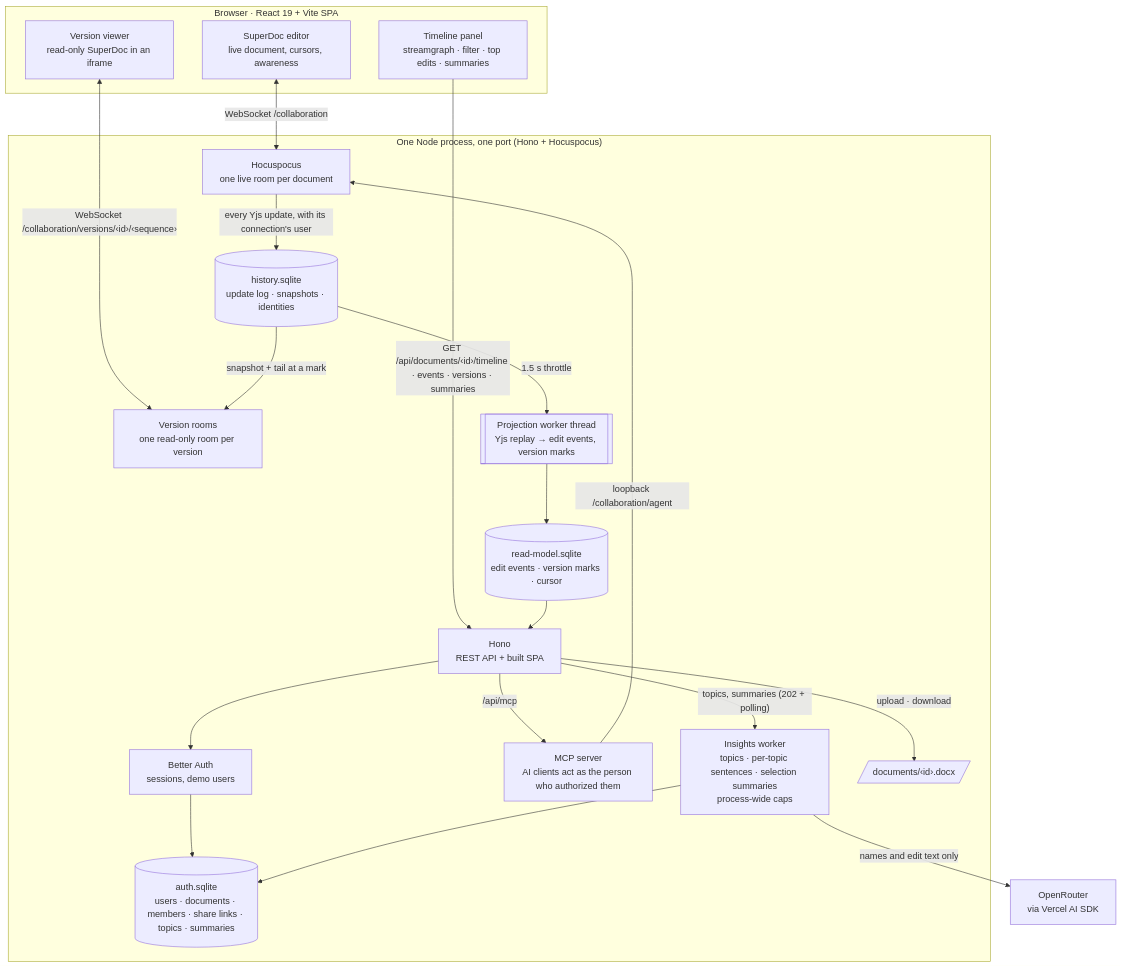
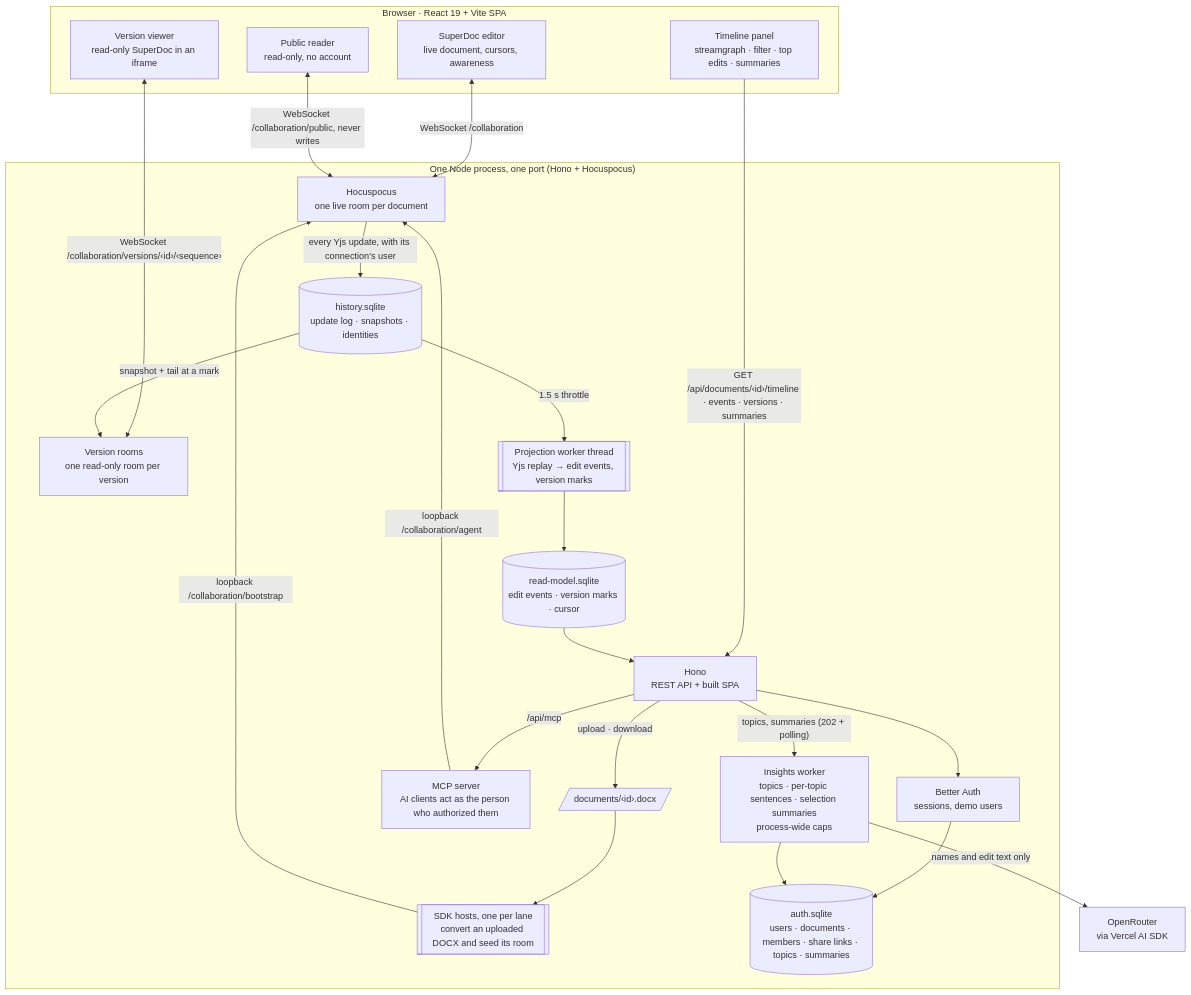
Before and after one commit to dhyegocalota/superdoc-collab: the diagram in docs/architecture.md, drawn with Mermaid. The commit also changed other lines of this file and 6 other files, not shown here.

First line of the commit message:
docs: onboarding commands that run as written, an architecture that matches the code

````diff
--- a/docs/architecture.md
+++ b/docs/architecture.md
@@ -7,39 +7,43 @@
 ```mermaid
 flowchart TB
   subgraph browser["Browser · React 19 + Vite SPA"]
     editor["SuperDoc editor<br/>live document, cursors, awareness"]
     viewer["Version viewer<br/>read-only SuperDoc in an iframe"]
     panel["Timeline panel<br/>streamgraph · filter · top edits · summaries"]
+    public["Public reader<br/>read-only, no account"]
   end
 
   subgraph server["One Node process, one port (Hono + Hocuspocus)"]
     hono["Hono<br/>REST API + built SPA"]
     auth["Better Auth<br/>sessions, demo users"]
     hocus["Hocuspocus<br/>one live room per document"]
     rooms["Version rooms<br/>one read-only room per version"]
     mcp["MCP server<br/>AI clients act as the person who authorized them"]
     worker[["Projection worker thread<br/>Yjs replay → edit events, version marks"]]
+    sdk[["SDK hosts, one per lane<br/>convert an uploaded DOCX and seed its room"]]
     insights["Insights worker<br/>topics · per-topic sentences · selection summaries<br/>process-wide caps"]
     log[("history.sqlite<br/>update log · snapshots · identities")]
     read[("read-model.sqlite<br/>edit events · version marks · cursor")]
     authDb[("auth.sqlite<br/>users · documents · members · share links · topics · summaries")]
     files[/"documents/‹id›.docx"/]
   end
 
   llm["OpenRouter<br/>via Vercel AI SDK"]
 
   editor <-- "WebSocket /collaboration" --> hocus
   viewer <-- "WebSocket /collaboration/versions/‹id›/‹sequence›" --> rooms
+  public <-- "WebSocket /collaboration/public, never writes" --> hocus
   panel -- "GET /api/documents/‹id›/timeline · events · versions · summaries" --> hono
   hono --> auth --> authDb
   hono -- "/api/mcp" --> mcp
   mcp -- "loopback /collaboration/agent" --> hocus
   hono -- "upload · download" --> files
+  files --> sdk -- "loopback /collaboration/bootstrap" --> hocus
   hocus -- "every Yjs update, with its connection's user" --> log
   log -- "1.5 s throttle" --> worker --> read
   read --> hono
   log -- "snapshot + tail at a mark" --> rooms
   hono -- "topics, summaries (202 + polling)" --> insights
   insights -- "names and edit text only" --> llm
   insights --> authDb
 ```
````
